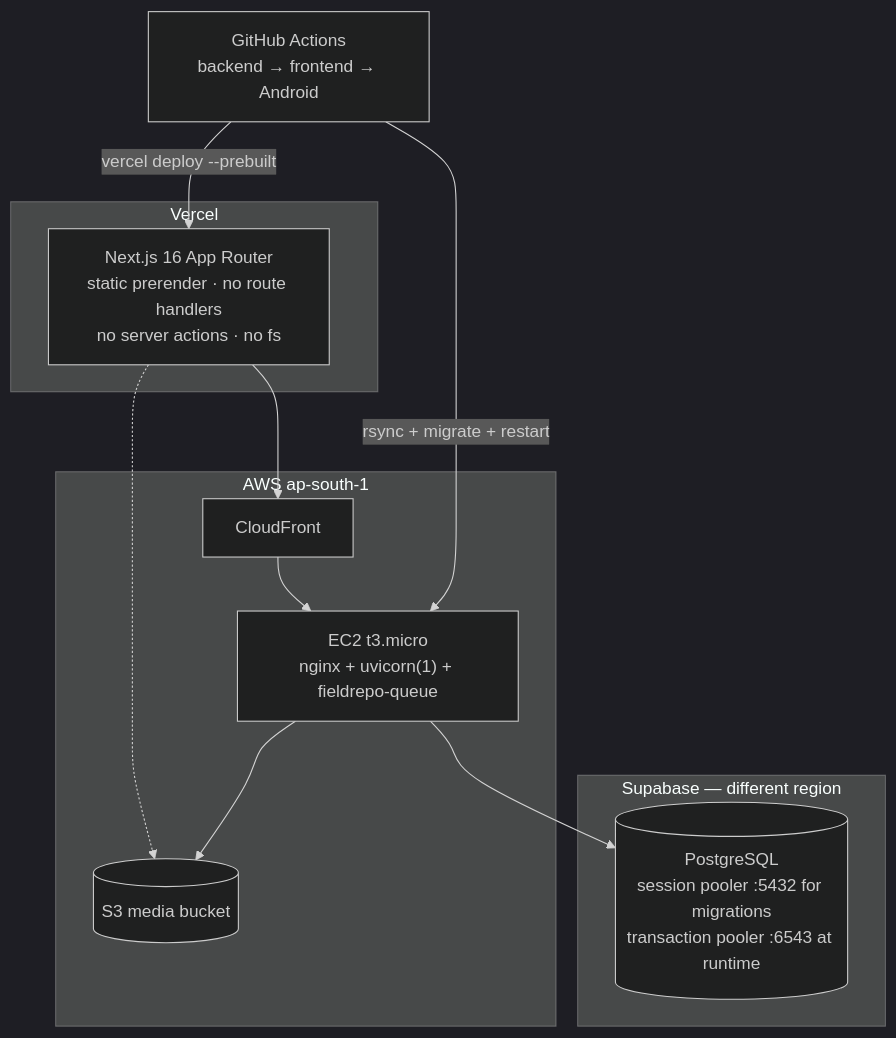
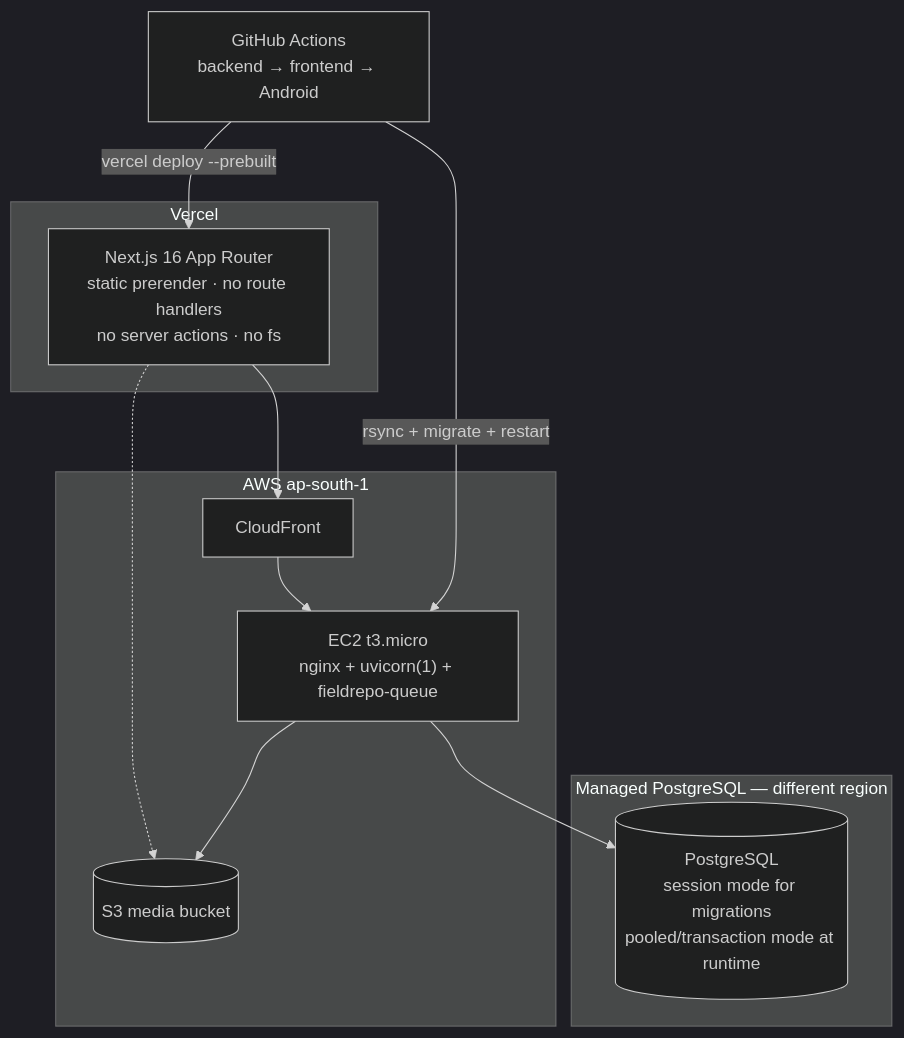
Diagram 12 of 13 in docs/ARCHITECTURE.md (cxacraftecosystem-ui/designer-portal), drawn with Mermaid (dark theme) before and after one commit. The commit also changed other lines of this file and 225 other files, not shown here.

````diff
--- a/docs/ARCHITECTURE.md
+++ b/docs/ARCHITECTURE.md
@@ -582,21 +584,21 @@
 ```mermaid
 flowchart TB
   subgraph vercel["Vercel"]
     NX2["Next.js 16 App Router<br/>static prerender · no route handlers<br/>no server actions · no fs"]
   end
   subgraph aws["AWS ap-south-1"]
     CF2[CloudFront]
     E["EC2 t3.micro<br/>nginx + uvicorn(1) + fieldrepo-queue"]
     S3B[(S3 media bucket)]
   end
-  subgraph sb["Supabase — different region"]
-    PG2[(PostgreSQL<br/>session pooler :5432 for migrations<br/>transaction pooler :6543 at runtime)]
+  subgraph sb["Managed PostgreSQL — different region"]
+    PG2[(PostgreSQL<br/>session mode for migrations<br/>pooled/transaction mode at runtime)]
   end
   GH["GitHub Actions<br/>backend → frontend → Android"]
 
   NX2 --> CF2 --> E --> PG2
   NX2 -.-> S3B
   E --> S3B
   GH -->|rsync + migrate + restart| E
   GH -->|vercel deploy --prebuilt| NX2
 ```
````
